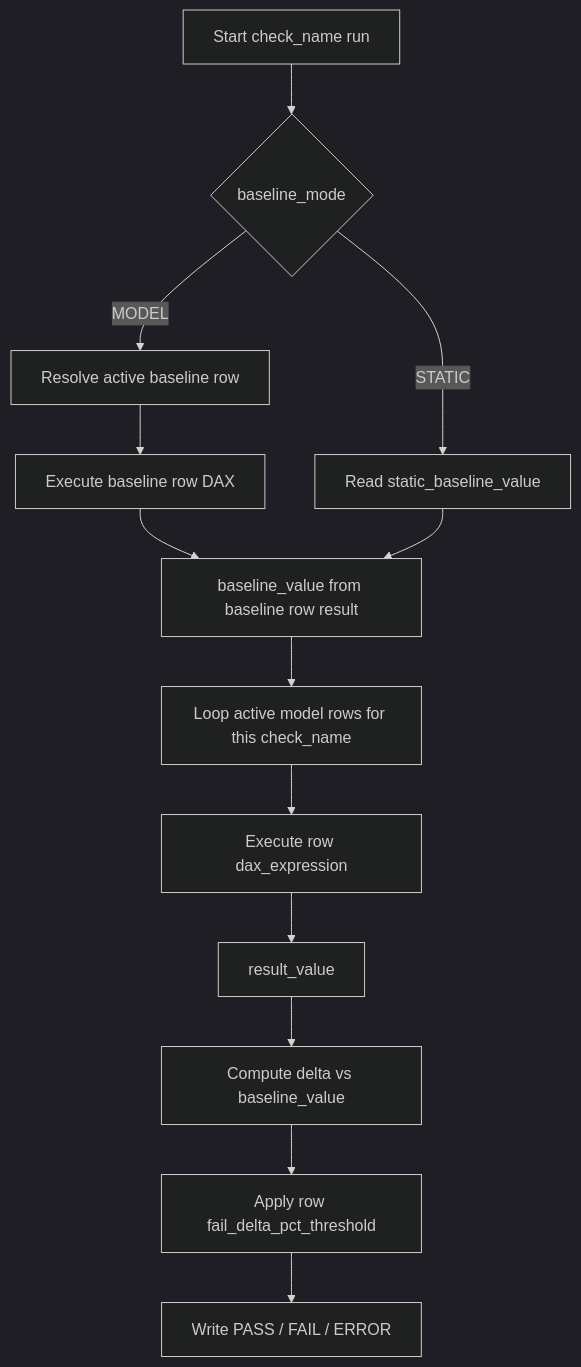
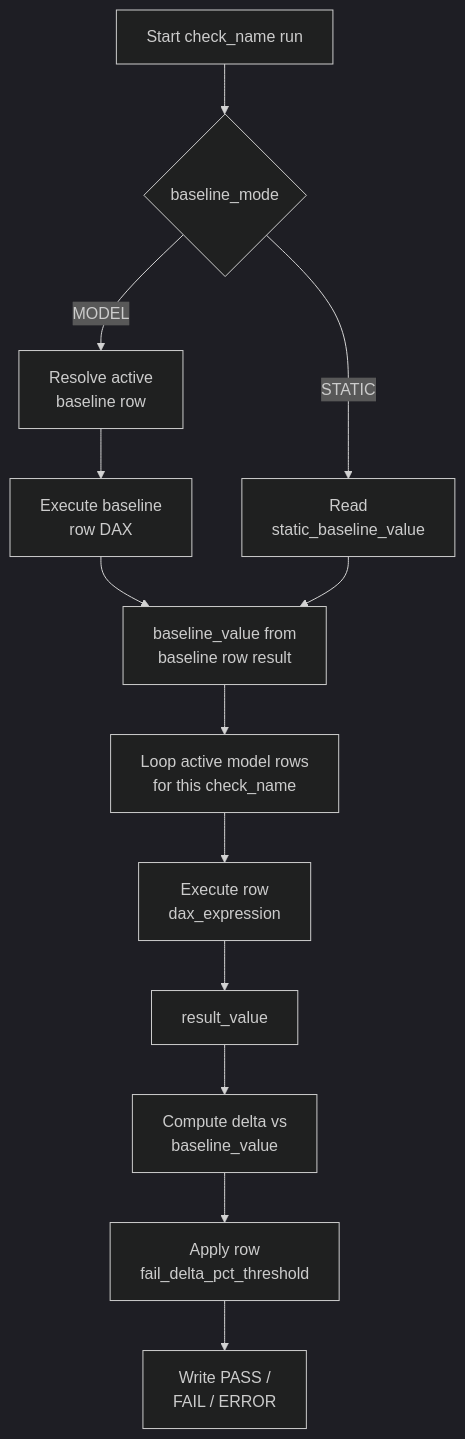
One commit to edwardpcharles/fabric-pbi-data-quality-notebook changed the third of 3 diagrams in README.md. Above: the diagram before and after it, drawn with Mermaid (dark theme).

Commit message:
docs: chunk mermaid strings in baseline graph

````diff
--- a/README.md
+++ b/README.md
@@ -405,15 +405,15 @@
 ```mermaid
 flowchart TD
-   A[Start check_name run] --> B{baseline_mode}
-   B -->|MODEL| C[Resolve active baseline row]
-   C --> D[Execute baseline row DAX]
-   D --> E[baseline_value from baseline row result]
-   B -->|STATIC| F[Read static_baseline_value]
+   A["Start check_name run"] --> B{"baseline_mode"}
+   B -->|MODEL| C["Resolve active<br>baseline row"]
+   C --> D["Execute baseline<br>row DAX"]
+   D --> E["baseline_value from<br>baseline row result"]
+   B -->|STATIC| F["Read<br>static_baseline_value"]
    F --> E
-   E --> G[Loop active model rows for this check_name]
-   G --> H[Execute row dax_expression]
-   H --> I[result_value]
-   I --> J[Compute delta vs baseline_value]
-   J --> K[Apply row fail_delta_pct_threshold]
-   K --> L[Write PASS / FAIL / ERROR]
+   E --> G["Loop active model rows<br>for this check_name"]
+   G --> H["Execute row<br>dax_expression"]
+   H --> I["result_value"]
+   I --> J["Compute delta vs<br>baseline_value"]
+   J --> K["Apply row<br>fail_delta_pct_threshold"]
+   K --> L["Write PASS /<br>FAIL / ERROR"]
 ```
````
